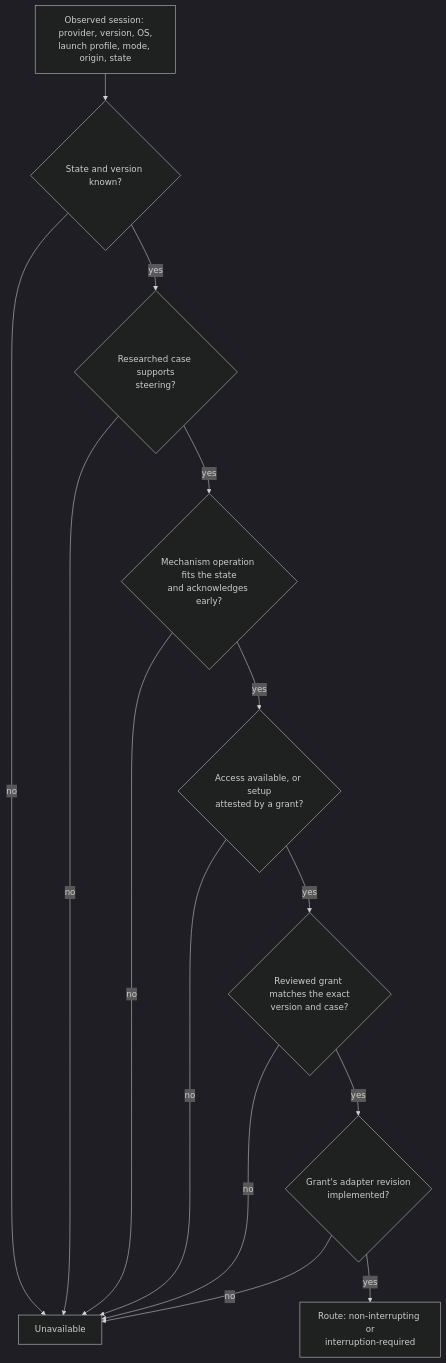
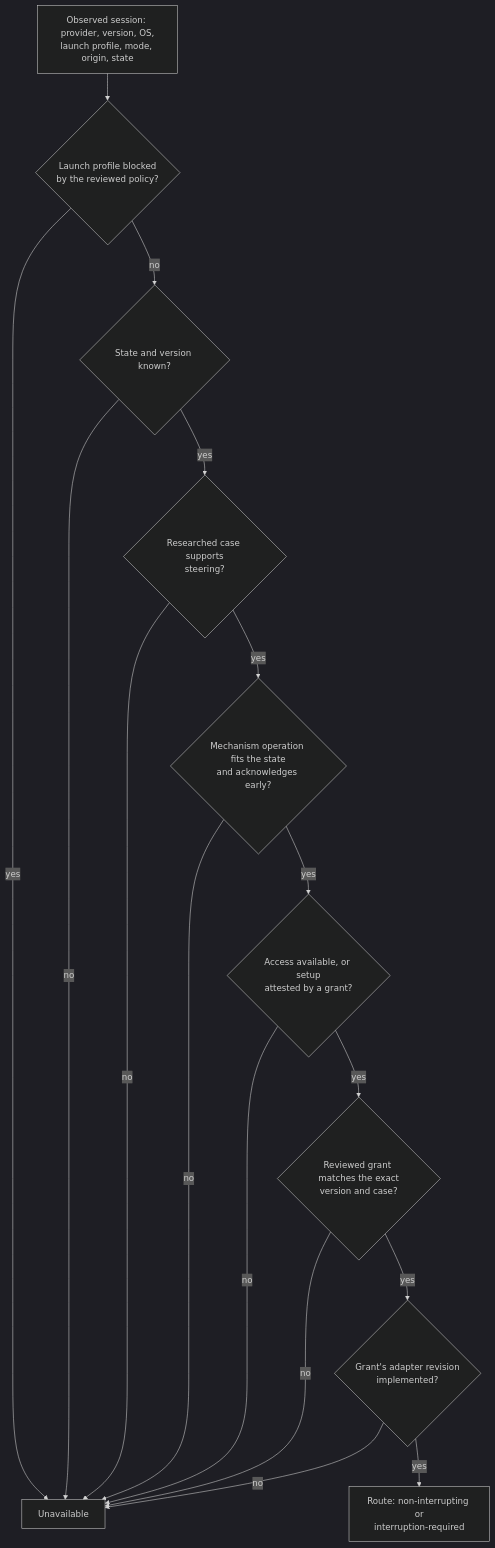
Before and after one commit to yankeeinlondon/rusty-biscuit: the diagram in claudine/docs/topics/steering-activation.md, drawn with Mermaid (dark theme). The commit also changed other lines of this file and 5 other files, not shown here.

````diff
--- a/claudine/docs/topics/steering-activation.md
+++ b/claudine/docs/topics/steering-activation.md
@@ -58,16 +61,18 @@
 ```mermaid
 flowchart TD
-    S[Observed session: provider, version, OS,<br/>launch profile, mode, origin, state] --> K{State and version known?}
-    K -- no --> U[Unavailable]
+    S[Observed session: provider, version, OS,<br/>launch profile, mode, origin, state] --> B{Launch profile blocked<br/>by the reviewed policy?}
+    B -- yes --> U[Unavailable]
+    B -- no --> K{State and version known?}
+    K -- no --> U
     K -- yes --> C{Researched case supports<br/>steering?}
     C -- no --> U
     C -- yes --> M{Mechanism operation fits the state<br/>and acknowledges early?}
     M -- no --> U
     M -- yes --> A{Access available, or setup<br/>attested by a grant?}
     A -- no --> U
     A -- yes --> G{Reviewed grant matches the exact<br/>version and case?}
     G -- no --> U
     G -- yes --> I{Grant's adapter revision<br/>implemented?}
     I -- no --> U
     I -- yes --> R[Route: non-interrupting or<br/>interruption-required]
 ```
````
